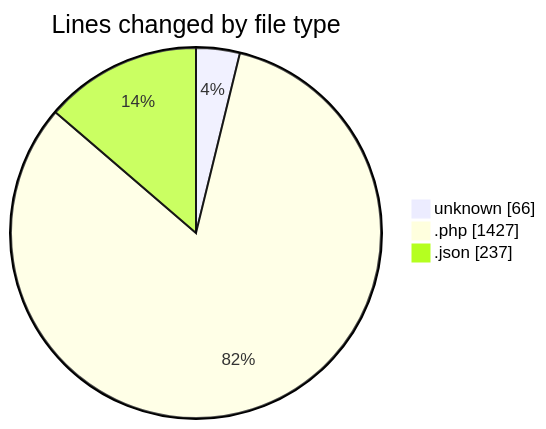
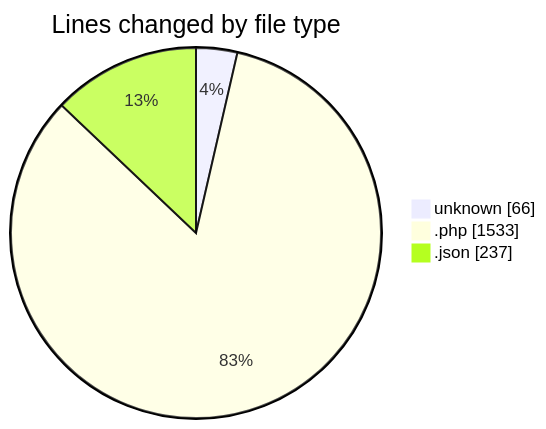
One commit to idhammustaqopulfikri/code-tracking changed the first of 2 diagrams in 2025-05-27/studio-backend/README.md. Above: the diagram before and after it, drawn with Mermaid. The commit also changed other lines of this file and 1 other file, not shown here.

````diff
--- a/2025-05-27/studio-backend/README.md
+++ b/2025-05-27/studio-backend/README.md
@@ -43,7 +48,7 @@
 ```mermaid
 pie showData
 title Lines changed by file type
 "unknown" : 66
-".php" : 1427
+".php" : 1533
 ".json" : 237
 ```
````
